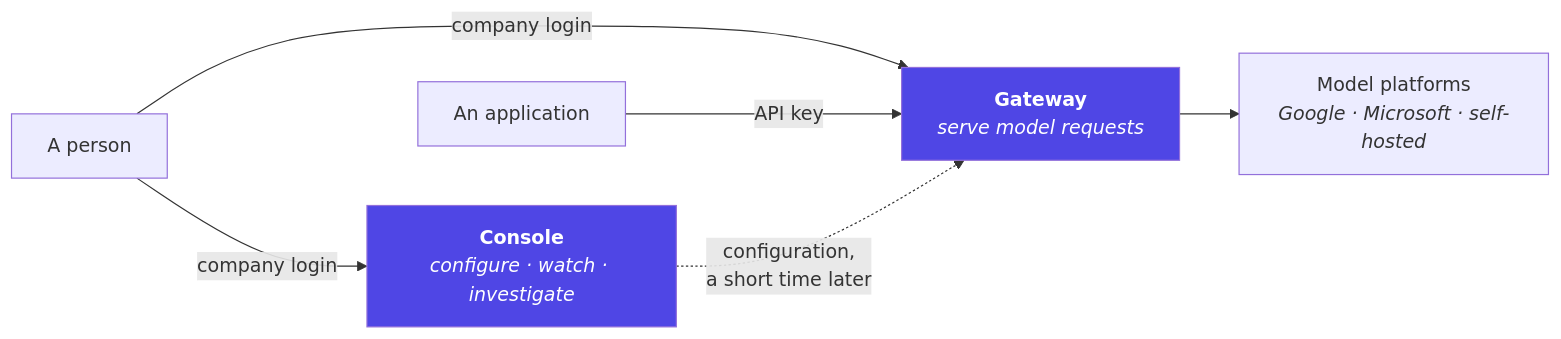
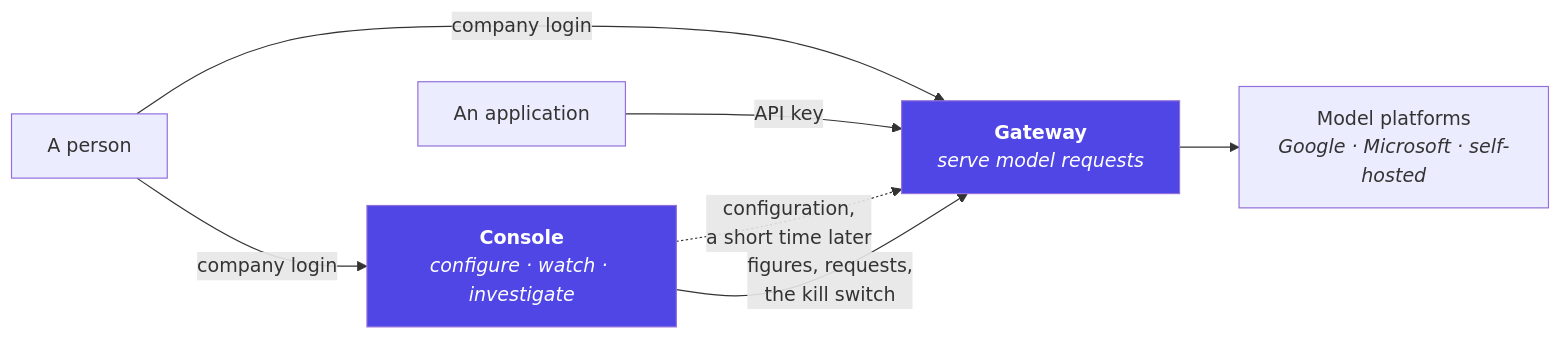
Before and after one commit to InigoImago/AIRA-Gateway: the first of 13 diagrams in docs/ARCHITECTURE.md, drawn with Mermaid. The commit also changed other lines of this file and 179 other files, not shown here.

````diff
--- a/docs/ARCHITECTURE.md
+++ b/docs/ARCHITECTURE.md
@@ -32,17 +31,18 @@
 ```mermaid
 graph LR
     person["A person"]
     app["An application"]
     console["<b>Console</b><br/><i>configure · watch · investigate</i>"]
     gw["<b>Gateway</b><br/><i>serve model requests</i>"]
     models["Model platforms<br/><i>Google · Microsoft · self-hosted</i>"]
 
     person -->|"company login"| console
     person -->|"company login"| gw
     app -->|"API key"| gw
     console -.->|"configuration,<br/>a short time later"| gw
+    console -->|"figures, requests,<br/>the kill switch"| gw
     gw --> models
 
     style console fill:#4f46e5,color:#fff
     style gw fill:#4f46e5,color:#fff
 ```
````
